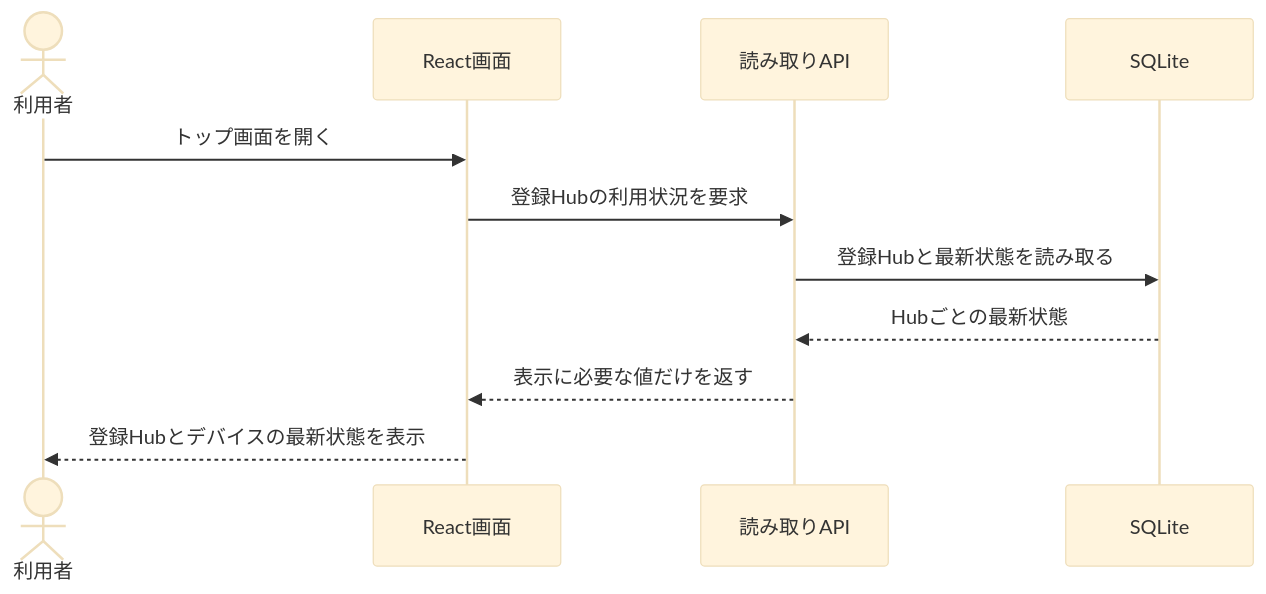
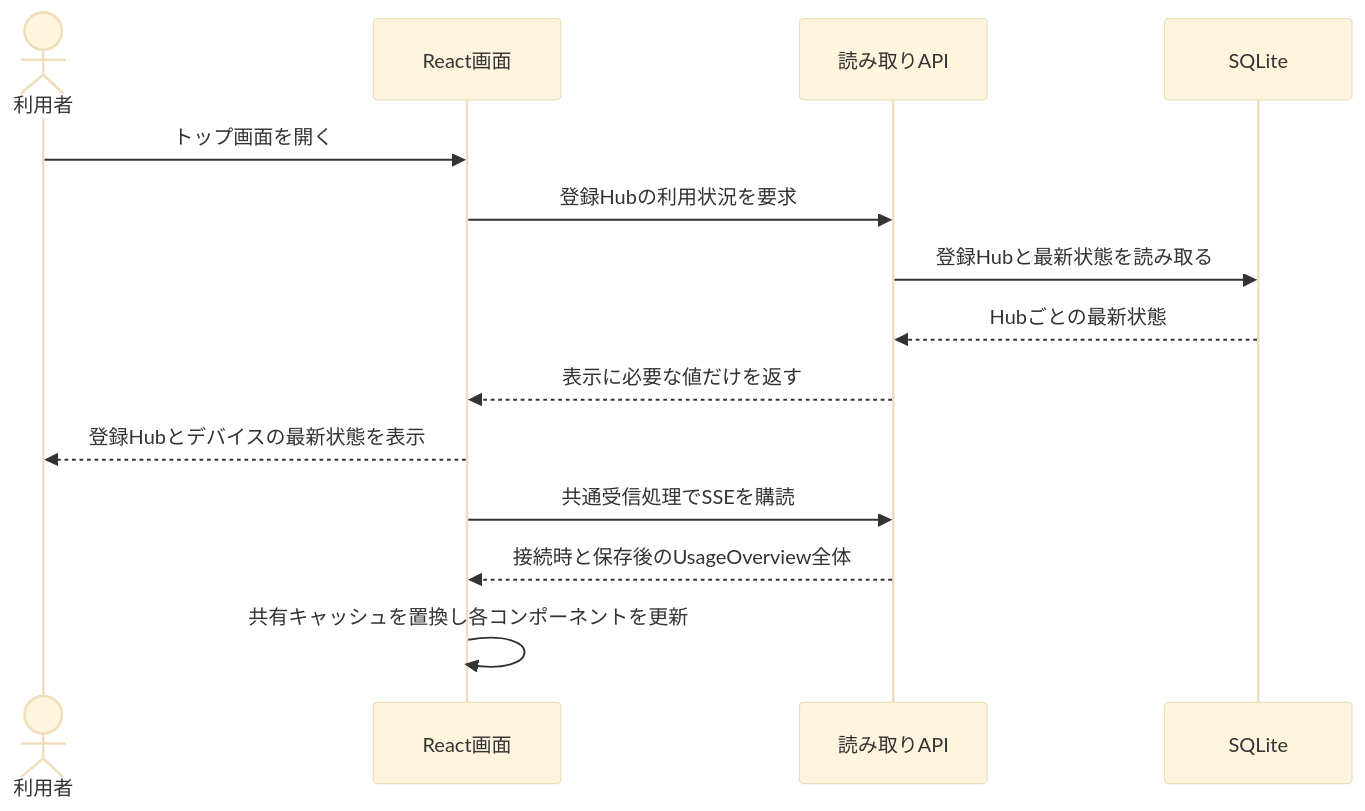
One commit to nuitsjp/token-monitor-analytics changed the fourth of 5 diagrams in docs/architecture.md. Above: the diagram before and after it, drawn with Mermaid (base theme). The commit also changed other lines of this file and 7 other files, not shown here.

````diff
--- a/docs/architecture.md
+++ b/docs/architecture.md
@@ -114,13 +115,16 @@
 ```mermaid
 sequenceDiagram
   actor U as 利用者
   participant V as React画面
   participant A as 読み取りAPI
   participant D as SQLite
   U->>V: トップ画面を開く
   V->>A: 登録Hubの利用状況を要求
   A->>D: 登録Hubと最新状態を読み取る
   D-->>A: Hubごとの最新状態
   A-->>V: 表示に必要な値だけを返す
   V-->>U: 登録Hubとデバイスの最新状態を表示
+  V->>A: 共通受信処理でSSEを購読
+  A-->>V: 接続時と保存後のUsageOverview全体
+  V->>V: 共有キャッシュを置換し各コンポーネントを更新
 ```
````
